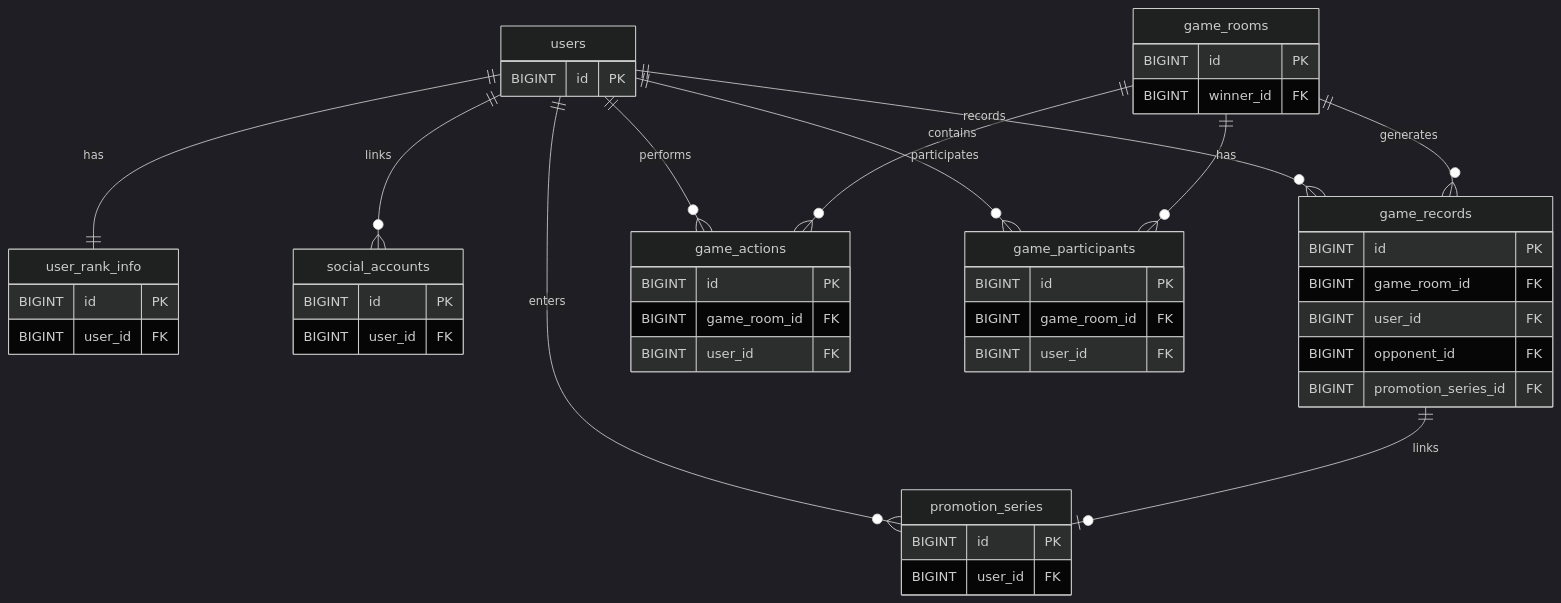
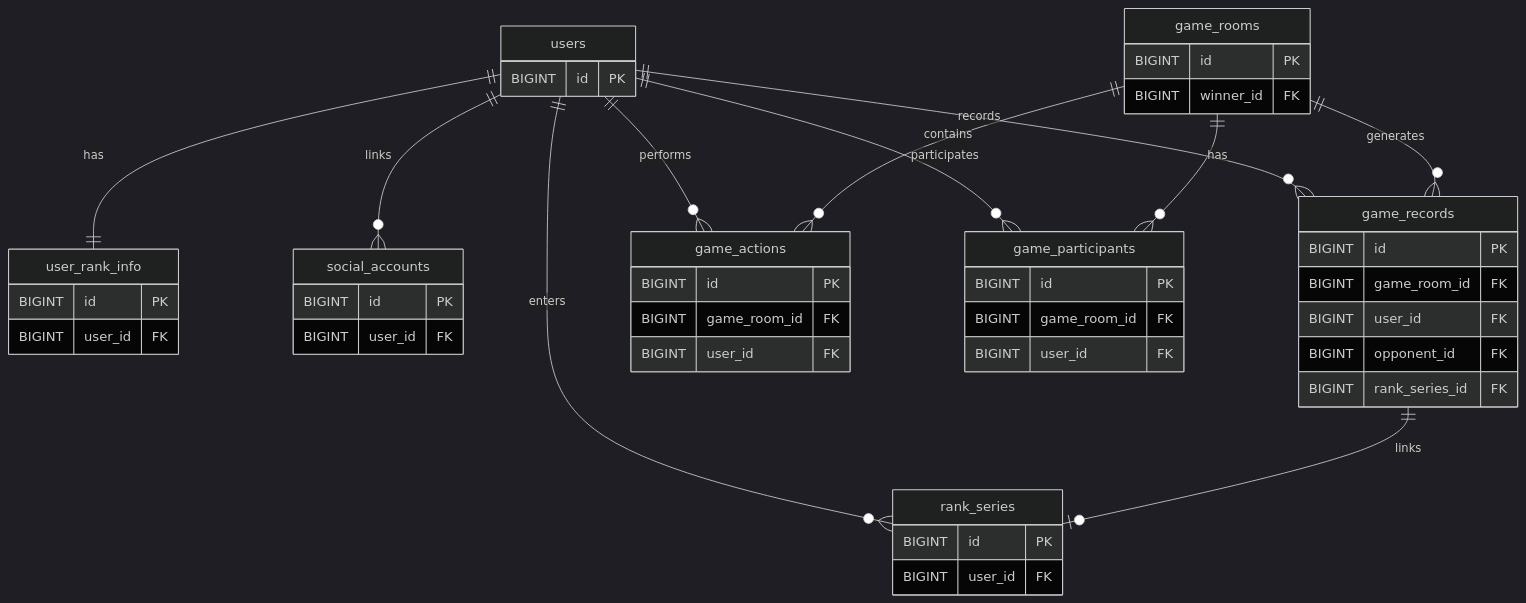
The first of 5 diagrams in docs/DB/DDL.md (moonwhistle/League-of-Star), drawn with Mermaid (dark theme) before and after one commit. The commit also changed other lines of this file and 11 other files, not shown here.

````diff
--- a/docs/DB/DDL.md
+++ b/docs/DB/DDL.md
@@ -7,50 +7,50 @@
 ```mermaid
 erDiagram
     users ||--|| user_rank_info : has
     users ||--o{ social_accounts : links
-    users ||--o{ promotion_series : enters
+    users ||--o{ rank_series : enters
     users ||--o{ game_records : records
     users ||--o{ game_actions : performs
     users ||--o{ game_participants : participates
     game_rooms ||--o{ game_participants : has
     game_rooms ||--o{ game_actions : contains
     game_rooms ||--o{ game_records : generates
-    game_records ||--o| promotion_series : links
+    game_records ||--o| rank_series : links
 
     users {
         BIGINT id PK
     }
     social_accounts {
         BIGINT id PK
         BIGINT user_id FK
     }
     user_rank_info {
         BIGINT id PK
         BIGINT user_id FK
     }
-    promotion_series {
+    rank_series {
         BIGINT id PK
         BIGINT user_id FK
     }
     game_rooms {
         BIGINT id PK
         BIGINT winner_id FK
     }
     game_participants {
         BIGINT id PK
         BIGINT game_room_id FK
         BIGINT user_id FK
     }
     game_actions {
         BIGINT id PK
         BIGINT game_room_id FK
         BIGINT user_id FK
     }
     game_records {
         BIGINT id PK
         BIGINT game_room_id FK
         BIGINT user_id FK
         BIGINT opponent_id FK
-        BIGINT promotion_series_id FK
+        BIGINT rank_series_id FK
     }
 ```
````
